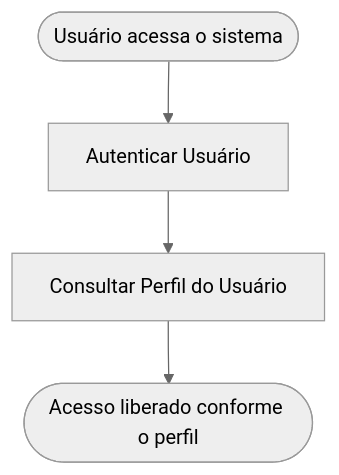
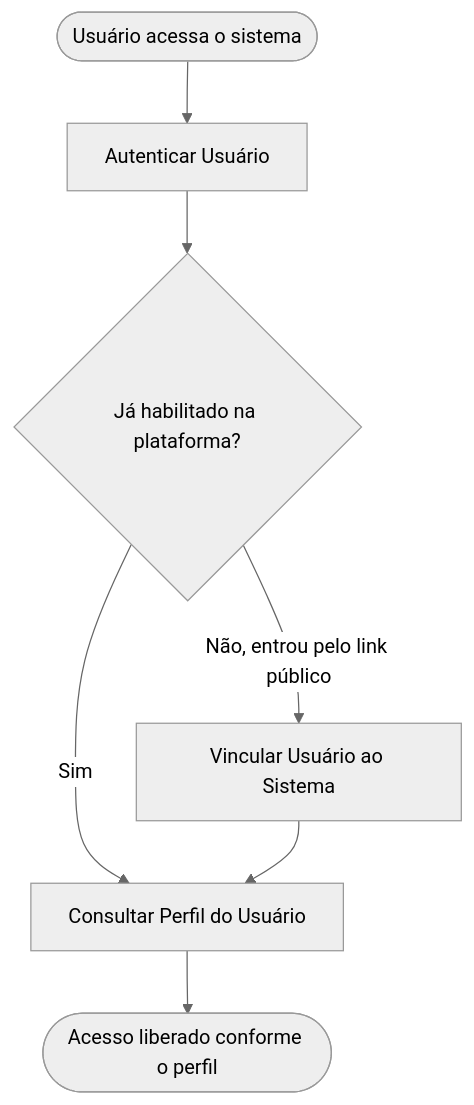
One commit to andromarcio/phl-premio-iel changed the diagram in modules/acesso/acesso-perfis/README.md. Above: the diagram before and after it, drawn with Mermaid (neutral theme). The commit also changed other lines of this file and 27 other files, not shown here.

````diff
--- a/modules/acesso/acesso-perfis/README.md
+++ b/modules/acesso/acesso-perfis/README.md
@@ -24,6 +24,9 @@
 ```mermaid
 flowchart TD
     A(["Usuário acessa o sistema"]) --> B["Autenticar Usuário"]
-    B --> C["Consultar Perfil do Usuário"]
+    B --> V{"Já habilitado na plataforma?"}
+    V -->|Não, entrou pelo link público| W["Vincular Usuário ao Sistema"]
+    V -->|Sim| C["Consultar Perfil do Usuário"]
+    W --> C
     C --> D(["Acesso liberado conforme o perfil"])
 ```
````
